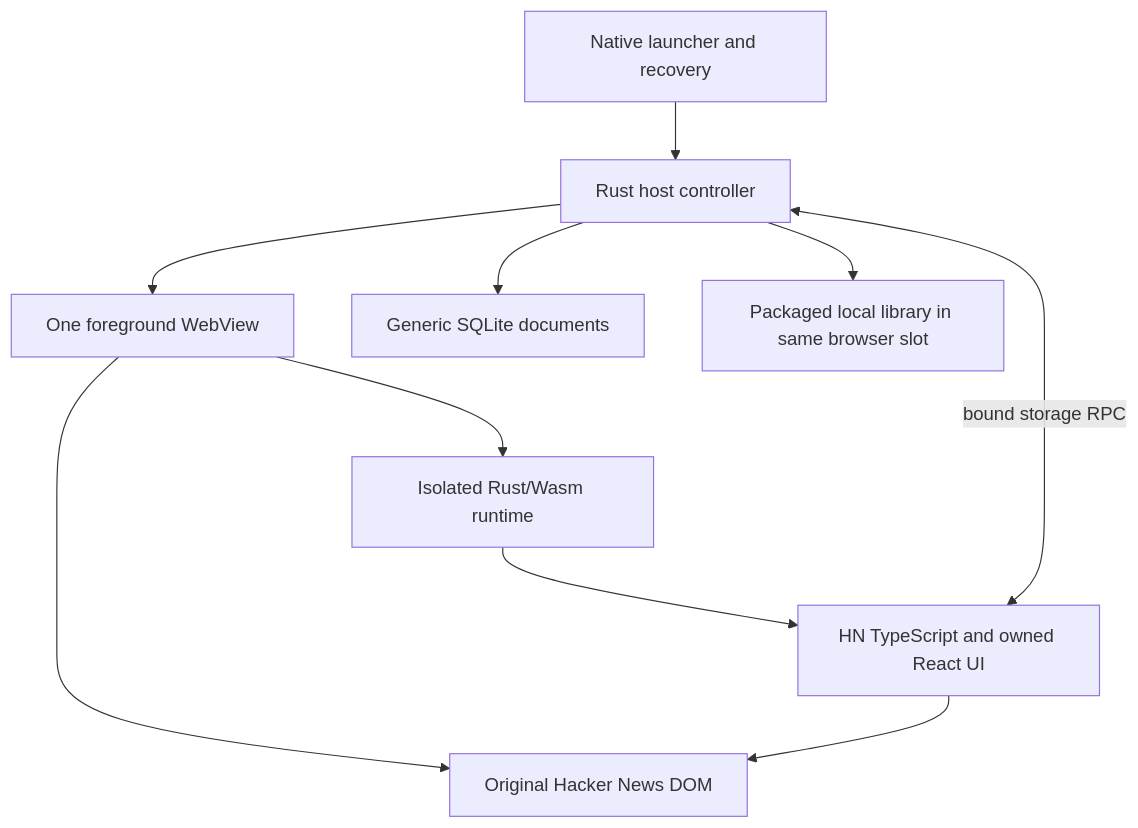
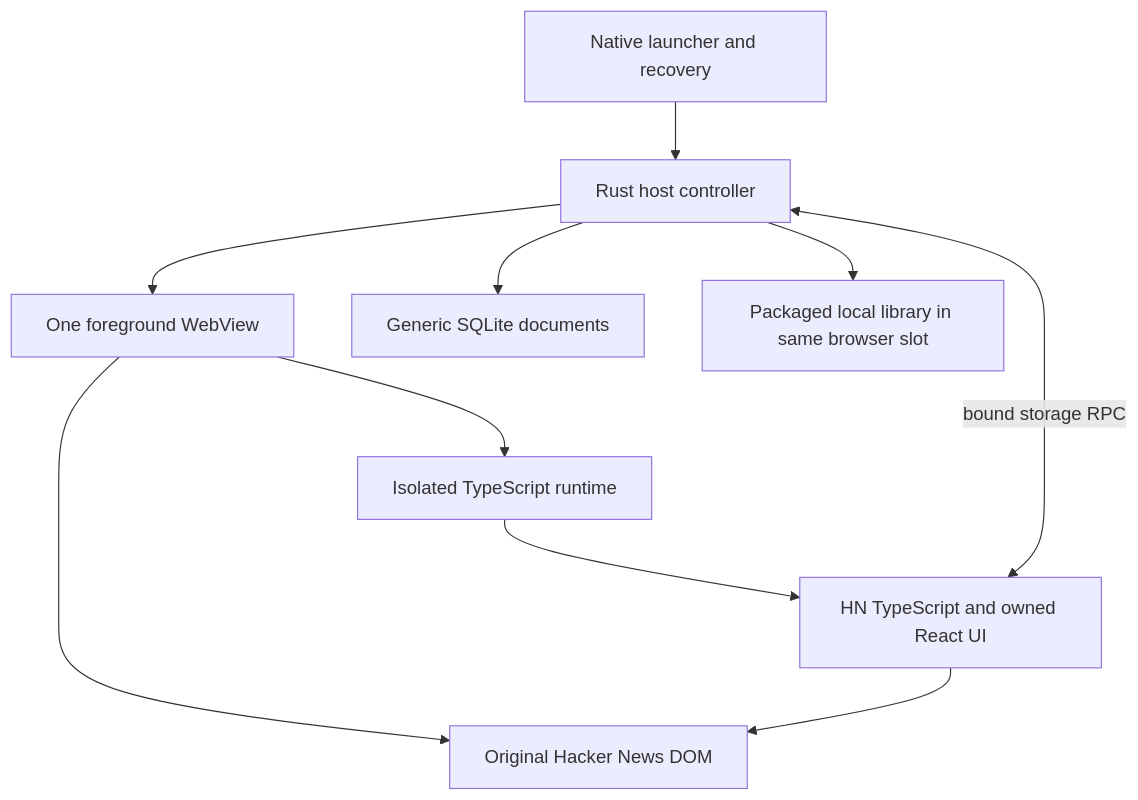
The diagram in .plans/2026-10-27/150238-genesis-mvp-implementation-plan.md (nirvanacp/genesis), drawn with Mermaid before and after one commit. The commit also changed other lines of this file and 6 other files, not shown here.

Commit message:
feat/(plans): align HN delivery with the approved TypeScript runtime

````diff
--- a/.plans/2026-10-27/150238-genesis-mvp-implementation-plan.md
+++ b/.plans/2026-10-27/150238-genesis-mvp-implementation-plan.md
@@ -50,12 +50,12 @@
 ```mermaid
 flowchart TB
   Native[Native launcher and recovery] --> Host[Rust host controller]
   Host --> View[One foreground WebView]
   View --> Site[Original Hacker News DOM]
-  View --> Runtime[Isolated Rust/Wasm runtime]
+  View --> Runtime[Isolated TypeScript runtime]
   Runtime --> Applet[HN TypeScript and owned React UI]
   Applet --> Site
   Applet <-->|bound storage RPC| Host
   Host --> DB[Generic SQLite documents]
   Host --> Library[Packaged local library in same browser slot]
 ```
````
